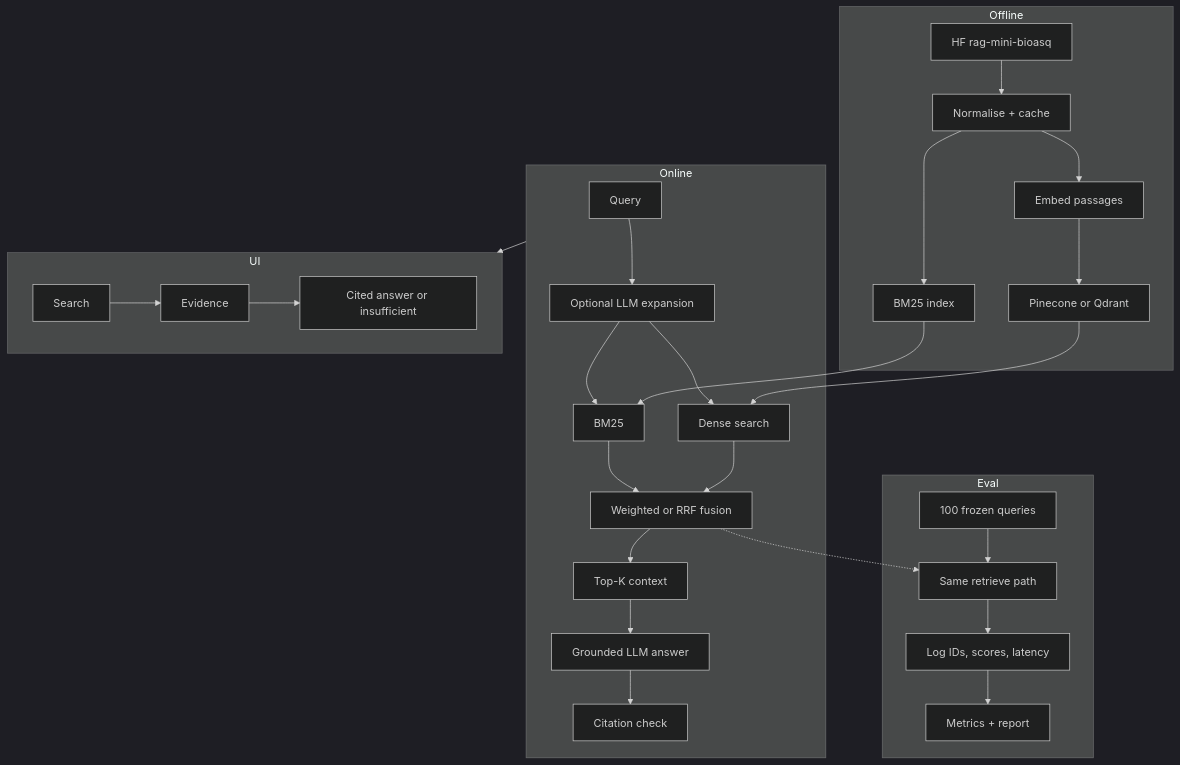
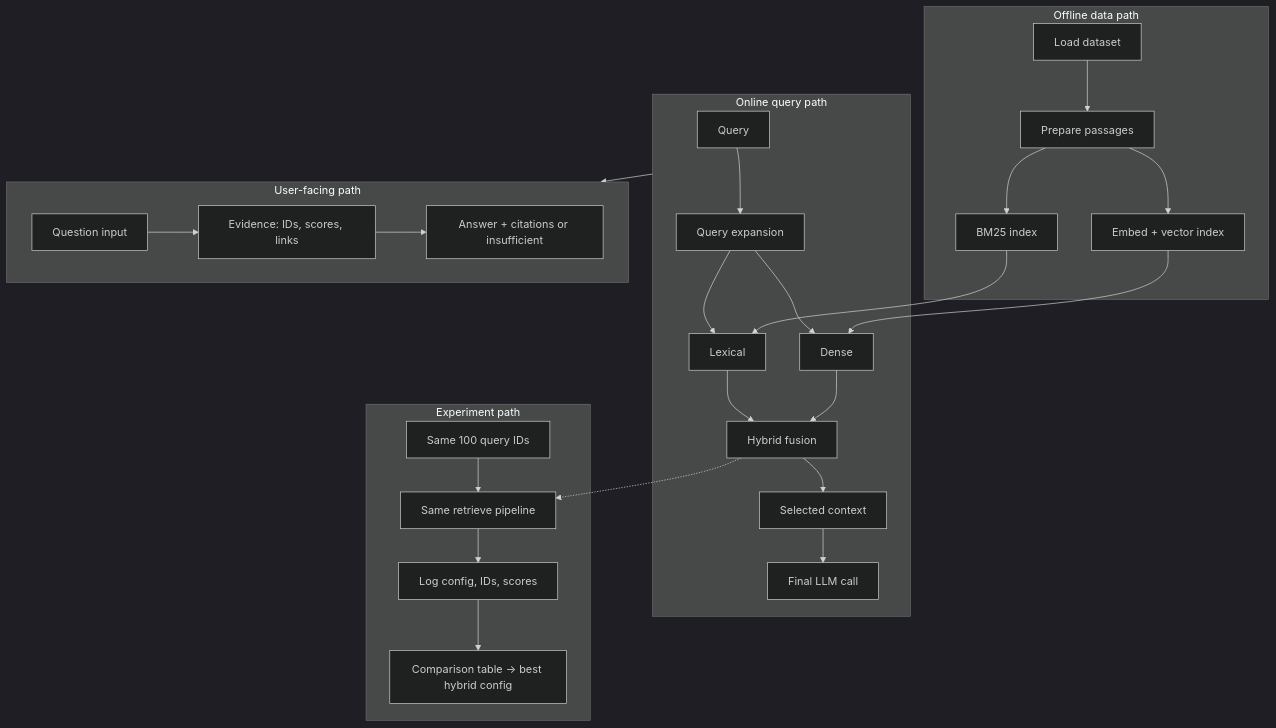
The diagram in README.md (learningsam20/biommed_eval), drawn with Mermaid (dark theme) before and after one commit. The commit also changed other lines of this file and 24 other files, not shown here.

````diff
--- a/README.md
+++ b/README.md
@@ -40,32 +40,30 @@
 ```mermaid
 flowchart TB
-    subgraph OFFLINE["Offline"]
-        HF["HF rag-mini-bioasq"] --> NORM["Normalise + cache"]
-        NORM --> BM25B["BM25 index"]
-        NORM --> ENC["Embed passages"]
-        ENC --> PIN["Pinecone or Qdrant"]
+    subgraph OFFLINE["Offline data path"]
+        HF["Load dataset"] --> PREP["Prepare passages"]
+        PREP --> BM25B["BM25 index"]
+        PREP --> ENC["Embed + vector index"]
     end
-    subgraph ONLINE["Online"]
-        UQ["Query"] --> EXP["Optional LLM expansion"]
-        EXP --> LX["BM25"]
-        EXP --> DN["Dense search"]
+    subgraph ONLINE["Online query path"]
+        UQ["Query"] --> EXP["Query expansion"]
+        EXP --> LX["Lexical"]
+        EXP --> DN["Dense"]
         BM25B --> LX
-        PIN --> DN
-        LX --> FUS["Weighted or RRF fusion"]
+        ENC --> DN
+        LX --> FUS["Hybrid fusion"]
         DN --> FUS
-        FUS --> CTX["Top-K context"]
-        CTX --> GEN["Grounded LLM answer"]
-        GEN --> VAL["Citation check"]
+        FUS --> CTX["Selected context"]
+        CTX --> GEN["Final LLM call"]
     end
-    subgraph UI["UI"]
-        SI["Search"] --> EV["Evidence"]
-        EV --> AP["Cited answer or insufficient"]
+    subgraph UI["User-facing path"]
+        IN["Question input"] --> EV["Evidence: IDs, scores, links"]
+        EV --> FAN["Answer + citations or insufficient"]
     end
-    subgraph EVAL["Eval"]
-        CS["100 frozen queries"] --> LOOP["Same retrieve path"]
-        FUS -.-> LOOP
-        LOOP --> LOG["Log IDs, scores, latency"]
-        LOG --> REP["Metrics + report"]
+    subgraph EXP2["Experiment path"]
+        SET["Same 100 query IDs"] --> RUN["Same retrieve pipeline"]
+        FUS -.-> RUN
+        RUN --> LOG["Log config, IDs, scores"]
+        LOG --> TABLE["Comparison table → best hybrid config"]
     end
     ONLINE --> UI
 ```
````
